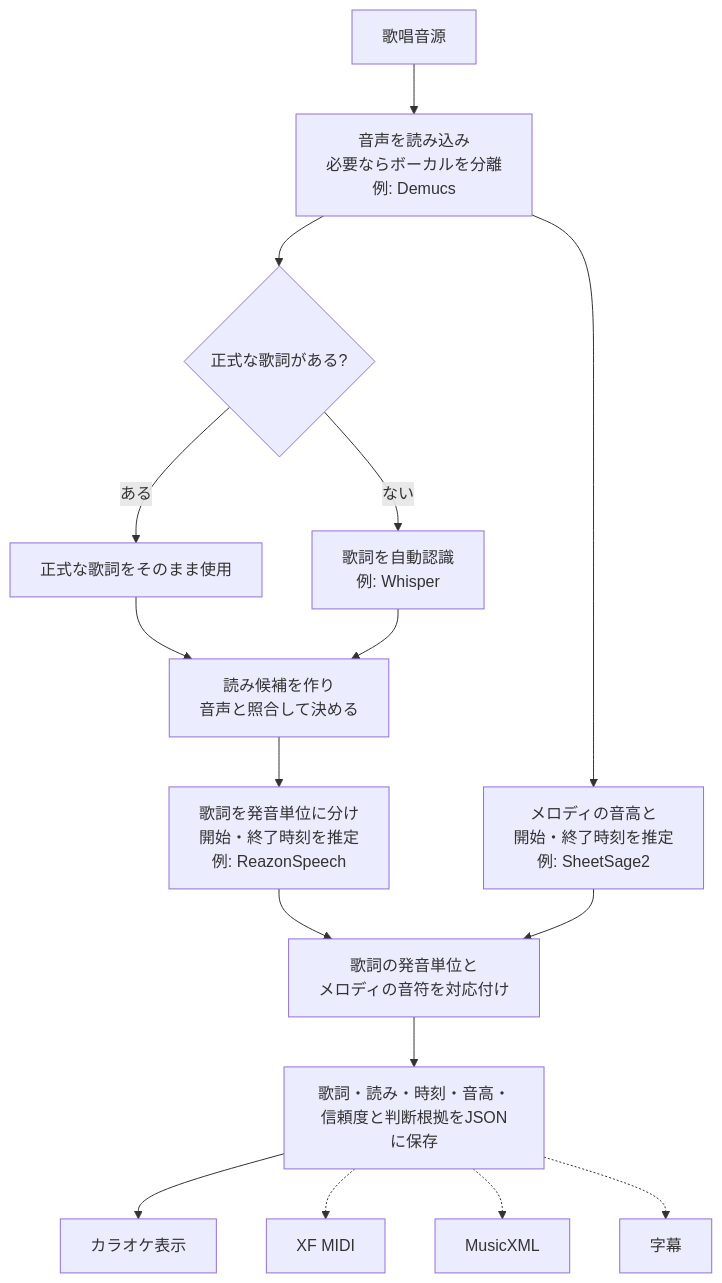
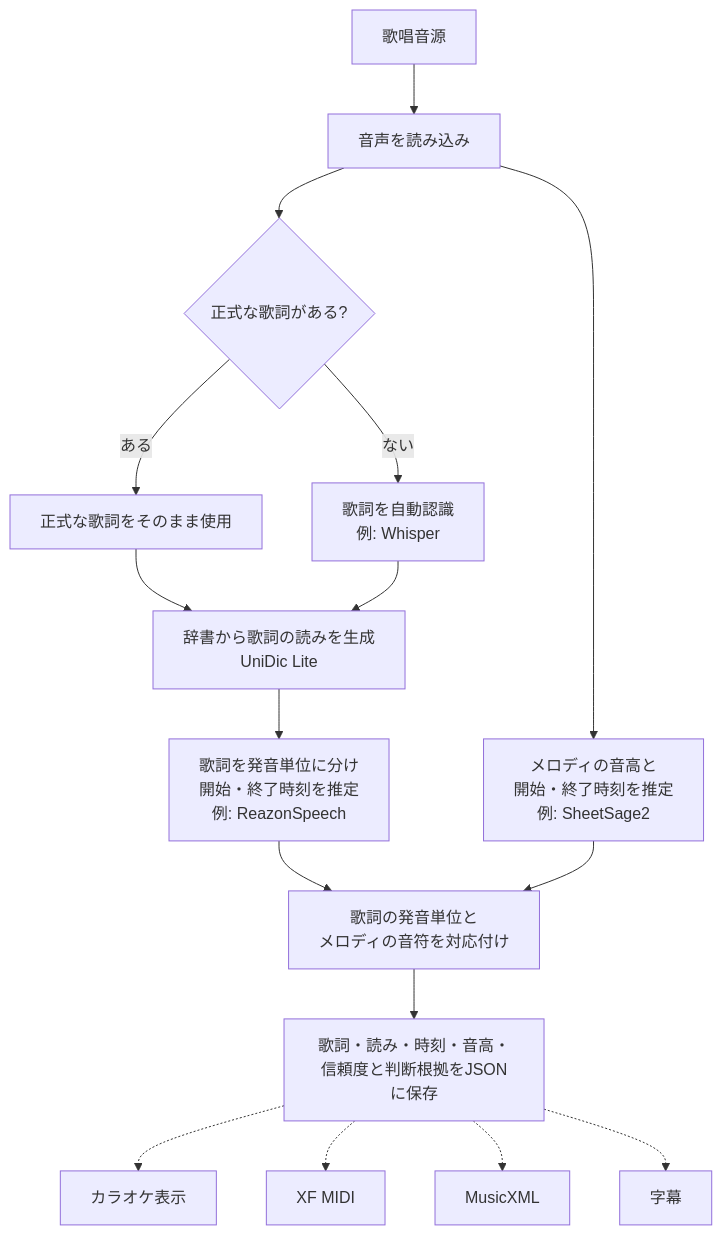
The diagram in README.md (jiroshimaya/soramimic-score), drawn with Mermaid before and after one commit. The commit also changed other lines of this file and 10 other files, not shown here.

````diff
--- a/README.md
+++ b/README.md
@@ -10,21 +10,21 @@
 ```mermaid
 flowchart TD
-    A["歌唱音源"] --> B["音声を読み込み<br/>必要ならボーカルを分離<br/>例: Demucs"]
+    A["歌唱音源"] --> B["音声を読み込み"]
     B --> C{"正式な歌詞がある?"}
     C -- ある --> D["正式な歌詞をそのまま使用"]
     C -- ない --> E["歌詞を自動認識<br/>例: Whisper"]
 
-    D --> F["読み候補を作り<br/>音声と照合して決める"]
+    D --> F["辞書から歌詞の読みを生成<br/>UniDic Lite"]
     E --> F
     F --> G["歌詞を発音単位に分け<br/>開始・終了時刻を推定<br/>例: ReazonSpeech"]
 
     B --> H["メロディの音高と<br/>開始・終了時刻を推定<br/>例: SheetSage2"]
     G --> I["歌詞の発音単位と<br/>メロディの音符を対応付け"]
     H --> I
 
     I --> J["歌詞・読み・時刻・音高・<br/>信頼度と判断根拠をJSONに保存"]
-    J --> K["カラオケ表示"]
+    J -.-> K["カラオケ表示"]
     J -.-> L["XF MIDI"]
     J -.-> M["MusicXML"]
     J -.-> N["字幕"]
 ```
````
